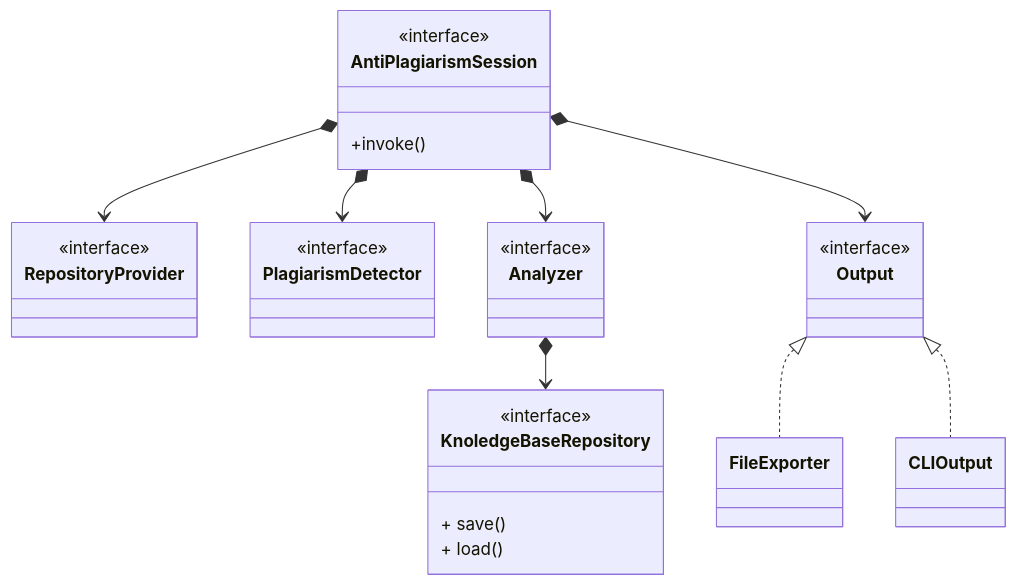
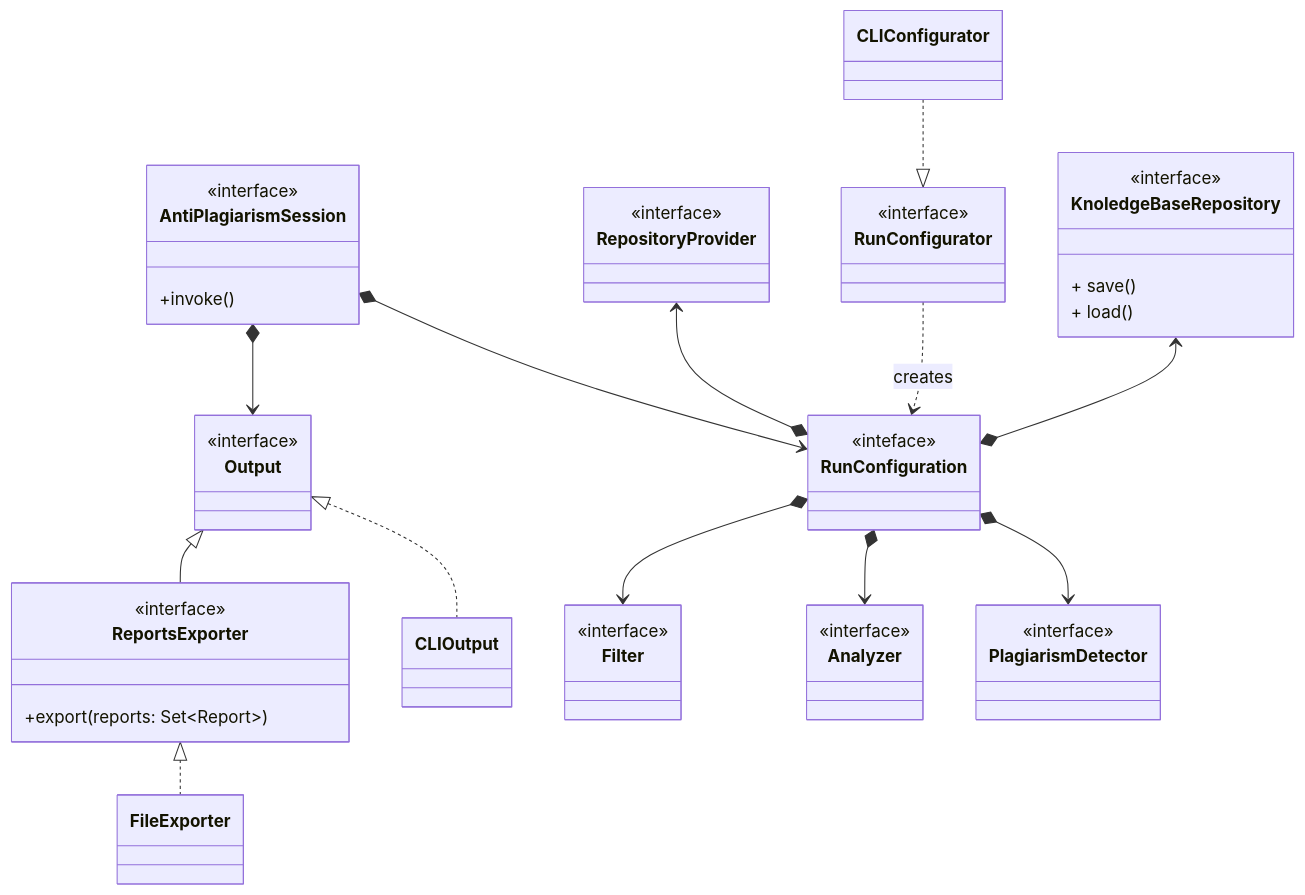
One commit to tassiLuca/code-plagiarism-detector-doc changed the second of 12 diagrams in doc.md. Above: the diagram before and after it, drawn with Mermaid. The commit also changed other lines of this file, not shown here.

````diff
--- a/doc.md
+++ b/doc.md
@@ -97,39 +96,58 @@
 ```mermaid
 classDiagram
-    direction TB
+direction TB
     class AntiPlagiarismSession {
         <<interface>>
         +invoke()
     }
 
     class RepositoryProvider {
         <<interface>>
     }
-    AntiPlagiarismSession *--> RepositoryProvider
+    RepositoryProvider <--* RunConfiguration
+
+    class RunConfigurator {
+        <<interface>>
+    }
+    CLIConfigurator ..|> RunConfigurator
+
+    class RunConfiguration {
+        <<inteface>>
+    }
+    RunConfigurator ..> RunConfiguration: creates
+    AntiPlagiarismSession *--> RunConfiguration
 
     class PlagiarismDetector {
         <<interface>>
     }
-    AntiPlagiarismSession *--> PlagiarismDetector
+    RunConfiguration *--> PlagiarismDetector
 
     class Analyzer {
         <<interface>>
     }
-    AntiPlagiarismSession *--> Analyzer
+    RunConfiguration *--> Analyzer
+
+    class Filter {
+        <<interface>>
+    }
+    RunConfiguration *--> Filter
 
     class KnoledgeBaseRepository {
         <<interface>>
         + save()
         + load()
     }
-    Analyzer *--> KnoledgeBaseRepository
+    KnoledgeBaseRepository <--* RunConfiguration
 
     class Output {
         <<interface>>
     }
+    Output <|.. CLIOutput
+    class ReportsExporter {
+        <<interface>>
+        +export(reports: Set~Report~)
+    }
+    Output <|-- ReportsExporter
+    ReportsExporter <|.. FileExporter
     AntiPlagiarismSession *--> Output
-    class CLIOutput 
-    class FileExporter
-    Output <|.. FileExporter
-    Output <|.. CLIOutput
 ```
````
